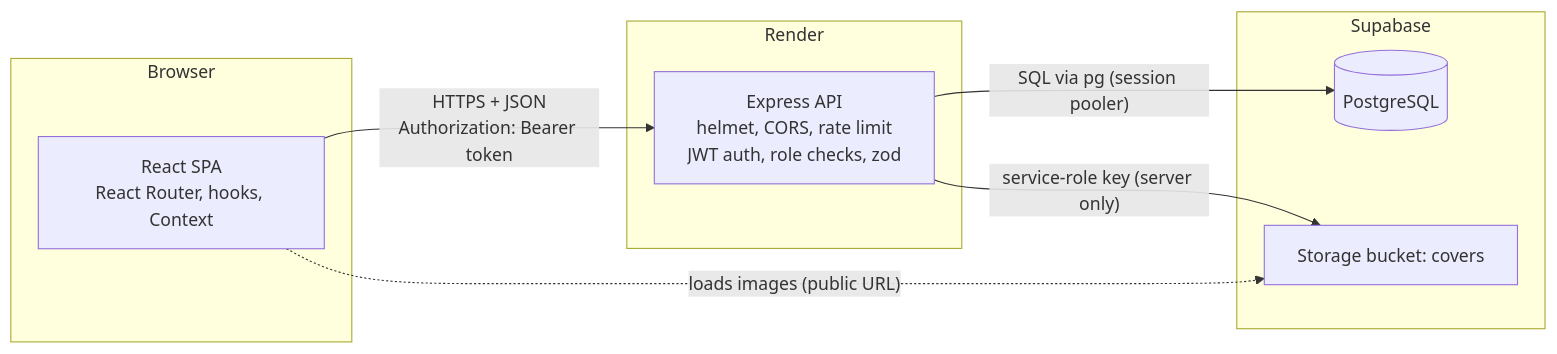
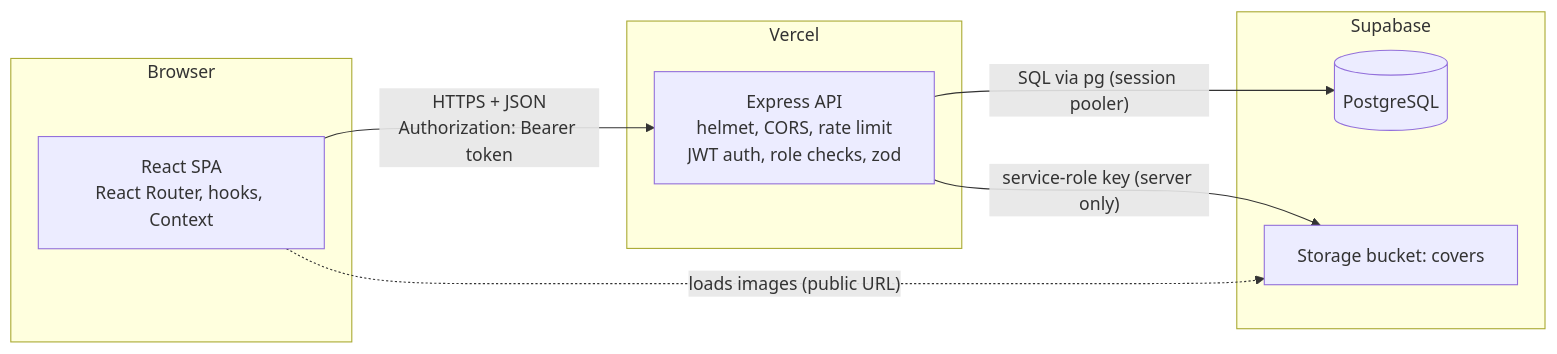
Before and after one commit to andreaAston/blog_platform_mw: the first of 2 diagrams in README.md, drawn with Mermaid. The commit also changed other lines of this file, not shown here.

Commit message:
Update README.md to reflect API deployment on Vercel and enhance team collaboration instructions

````diff
--- a/README.md
+++ b/README.md
@@ -50,17 +131,17 @@
 ```mermaid
 flowchart LR
   subgraph Browser
     A[React SPA<br/>React Router, hooks, Context]
   end
-  subgraph Render
+  subgraph Vercel
     B[Express API<br/>helmet, CORS, rate limit<br/>JWT auth, role checks, zod]
   end
   subgraph Supabase
     C[(PostgreSQL)]
     D[Storage bucket: covers]
   end
   A -- "HTTPS + JSON<br/>Authorization: Bearer token" --> B
   B -- "SQL via pg (session pooler)" --> C
   B -- "service-role key (server only)" --> D
   A -. "loads images (public URL)" .-> D
 ```
````
